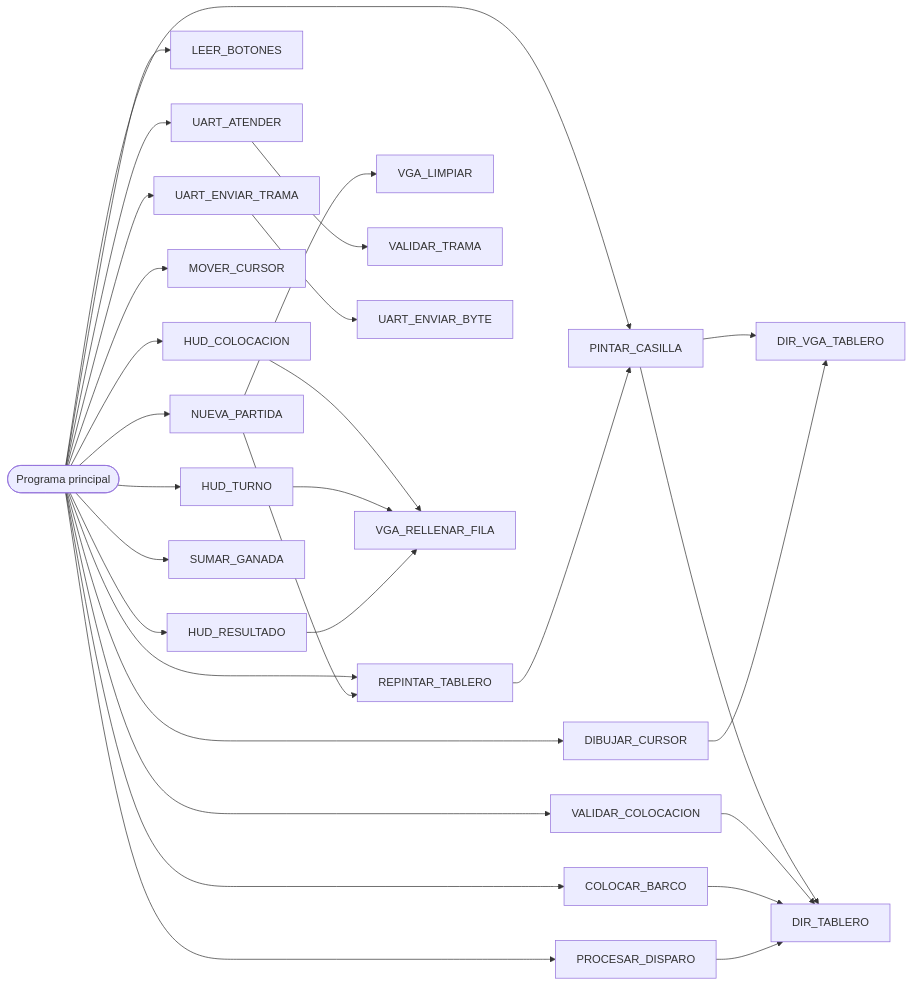
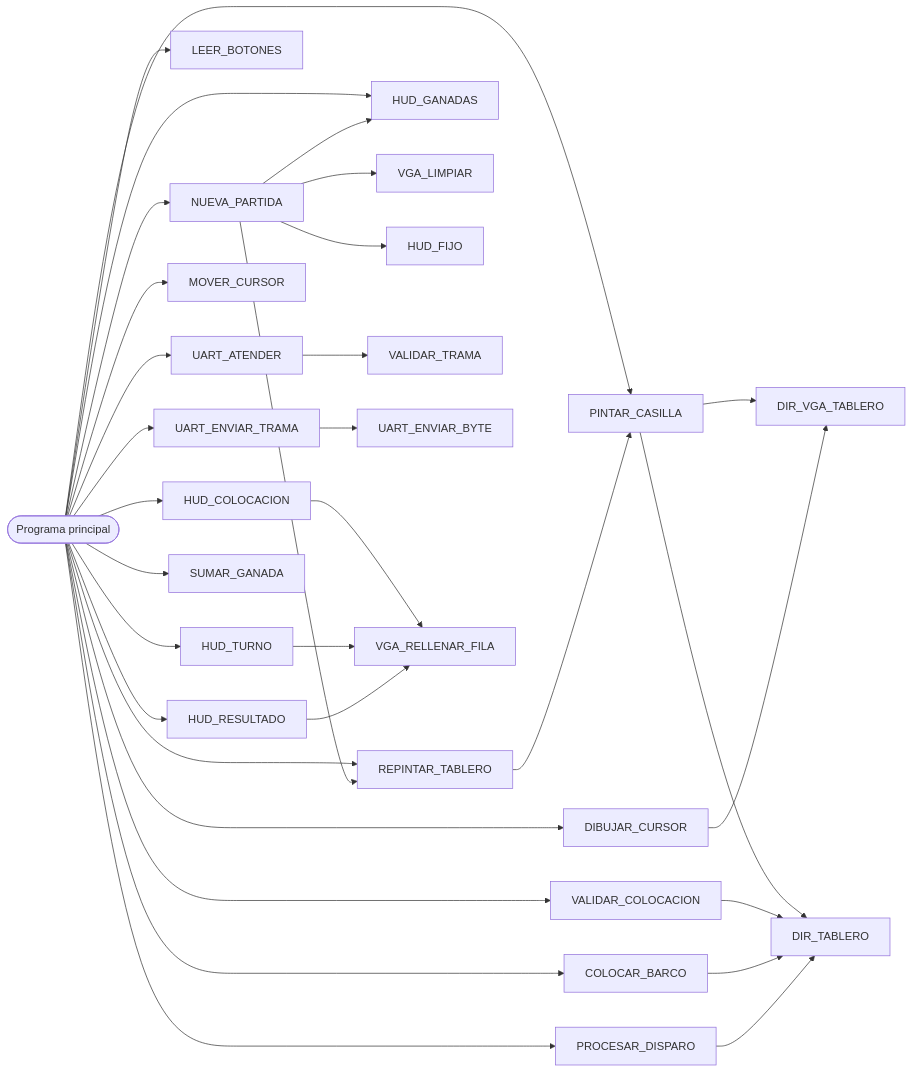
Before and after one commit to Taller-de-diseno-digital-GR01/Proyecto-3-Batalla-Naval: the diagram in docs/diseño/modulos/PROGRAMA.md, drawn with Mermaid. The commit also changed other lines of this file and 10 other files, not shown here.

````diff
--- a/docs/diseño/modulos/PROGRAMA.md
+++ b/docs/diseño/modulos/PROGRAMA.md
@@ -484,33 +540,36 @@
 ```mermaid
 flowchart LR
     MAIN(["Programa principal"])
     MAIN --> NP["NUEVA_PARTIDA"]
     MAIN --> LB["LEER_BOTONES"]
     MAIN --> UA["UART_ATENDER"]
     MAIN --> UT["UART_ENVIAR_TRAMA"]
     MAIN --> MC["MOVER_CURSOR"]
     MAIN --> VC["VALIDAR_COLOCACION"]
     MAIN --> CB["COLOCAR_BARCO"]
     MAIN --> PD["PROCESAR_DISPARO"]
     MAIN --> RT["REPINTAR_TABLERO"]
     MAIN --> PC["PINTAR_CASILLA"]
     MAIN --> DC["DIBUJAR_CURSOR"]
     MAIN --> HC["HUD_COLOCACION"]
     MAIN --> HT["HUD_TURNO"]
     MAIN --> HR["HUD_RESULTADO"]
     MAIN --> SG["SUMAR_GANADA"]
+    MAIN --> HG["HUD_GANADAS"]
     NP --> VL["VGA_LIMPIAR"]
     NP --> RT
+    NP --> HF["HUD_FIJO"]
+    NP --> HG
     UA --> VT["VALIDAR_TRAMA"]
     UT --> UB["UART_ENVIAR_BYTE"]
     RT --> PC
     PC --> DT["DIR_TABLERO"]
     PC --> DV["DIR_VGA_TABLERO"]
     DC --> DV
     VC --> DT
     CB --> DT
     PD --> DT
     HC --> RF["VGA_RELLENAR_FILA"]
     HT --> RF
     HR --> RF
 ```
````
